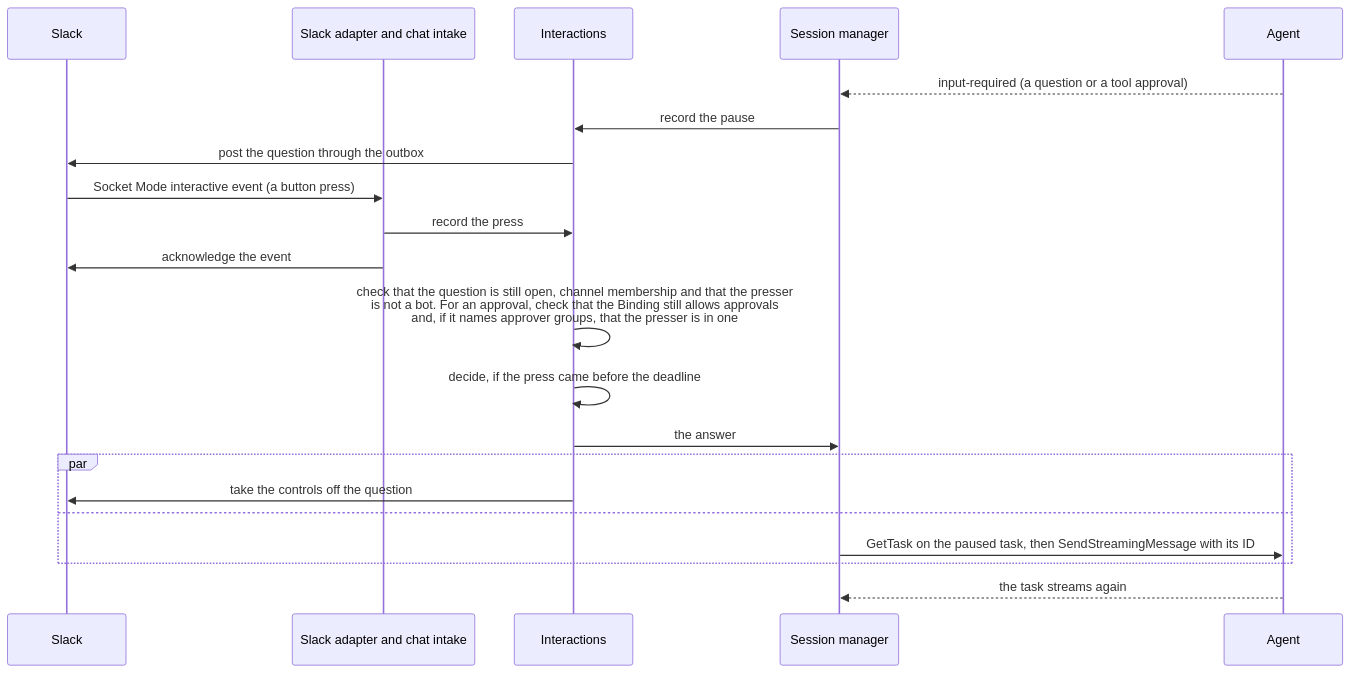
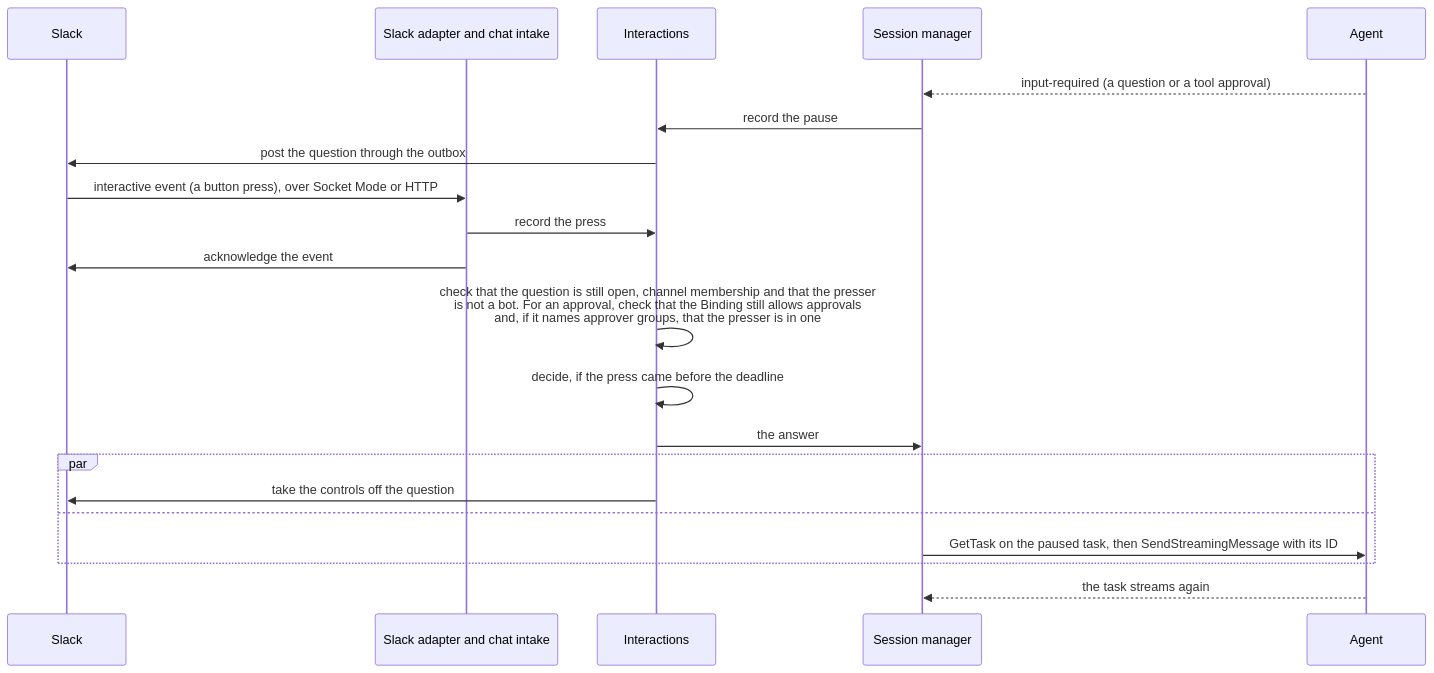
Before and after one commit to agentkourier/agent-kourier: the fifth of 5 diagrams in docs/explanation/architecture.md, drawn with Mermaid. The commit also changed other lines of this file and 15 other files, not shown here.

First line of the commit message:
docs(slack): document Slack HTTP mode

````diff
--- a/docs/explanation/architecture.md
+++ b/docs/explanation/architecture.md
@@ -171,23 +172,23 @@
 ```mermaid
 sequenceDiagram
     participant S as Slack
     participant A as Slack adapter and chat intake
     participant I as Interactions
     participant M as Session manager
     participant G as Agent
     G-->>M: input-required (a question or a tool approval)
     M->>I: record the pause
     I->>S: post the question through the outbox
-    S->>A: Socket Mode interactive event (a button press)
+    S->>A: interactive event (a button press), over Socket Mode or HTTP
     A->>I: record the press
     A->>S: acknowledge the event
     I->>I: check that the question is still open, channel membership and that the presser<br/>is not a bot. For an approval, check that the Binding still allows approvals<br/>and, if it names approver groups, that the presser is in one
     I->>I: decide, if the press came before the deadline
     I->>M: the answer
     par
         I->>S: take the controls off the question
     and
         M->>G: GetTask on the paused task, then SendStreamingMessage with its ID
     end
     G-->>M: the task streams again
 ```
````
